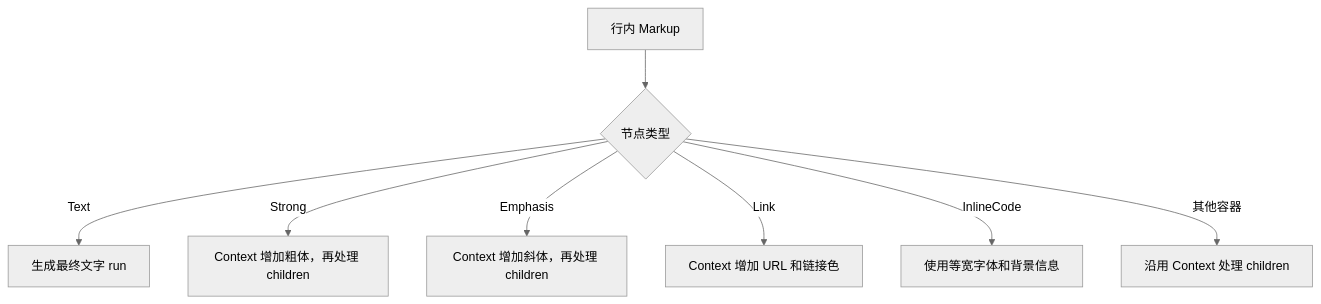
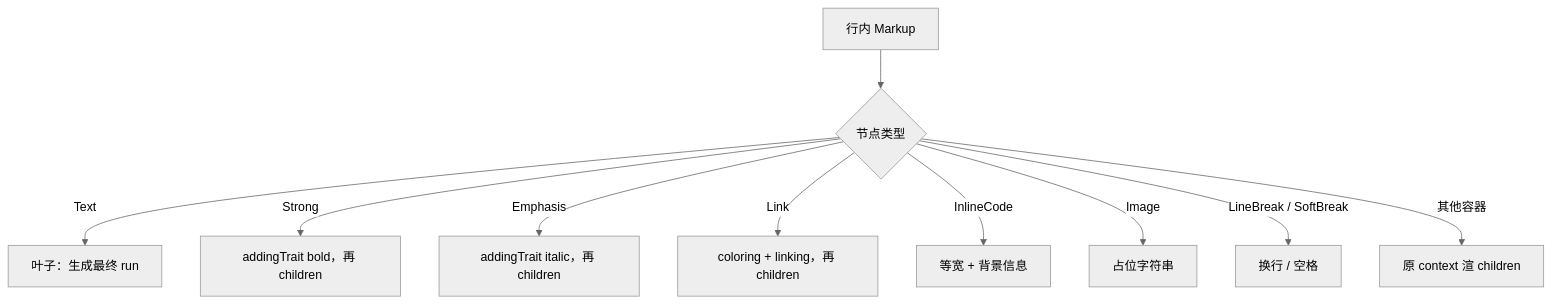
Before and after one commit to iAmMccc/InkMarkdown: the fifth of 10 diagrams in docs/learning-path/04-inkmarkdown-render-pipeline.md, drawn with Mermaid (neutral theme). The commit also changed other lines of this file and 13 other files, not shown here.

````diff
--- a/docs/learning-path/04-inkmarkdown-render-pipeline.md
+++ b/docs/learning-path/04-inkmarkdown-render-pipeline.md
@@ -147,10 +382,12 @@
 ```mermaid
 flowchart TD
   A["行内 Markup"] --> B{"节点类型"}
-  B -->|"Text"| C["生成最终文字 run"]
-  B -->|"Strong"| D["Context 增加粗体，再处理 children"]
-  B -->|"Emphasis"| E["Context 增加斜体，再处理 children"]
-  B -->|"Link"| F["Context 增加 URL 和链接色"]
-  B -->|"InlineCode"| G["使用等宽字体和背景信息"]
-  B -->|"其他容器"| H["沿用 Context 处理 children"]
+  B -->|"Text"| C["叶子：生成最终 run"]
+  B -->|"Strong"| D["addingTrait bold，再 children"]
+  B -->|"Emphasis"| E["addingTrait italic，再 children"]
+  B -->|"Link"| F["coloring + linking，再 children"]
+  B -->|"InlineCode"| G["等宽 + 背景信息"]
+  B -->|"Image"| H["占位字符串"]
+  B -->|"LineBreak / SoftBreak"| I["换行 / 空格"]
+  B -->|"其他容器"| J["原 context 渲 children"]
 ```
````
